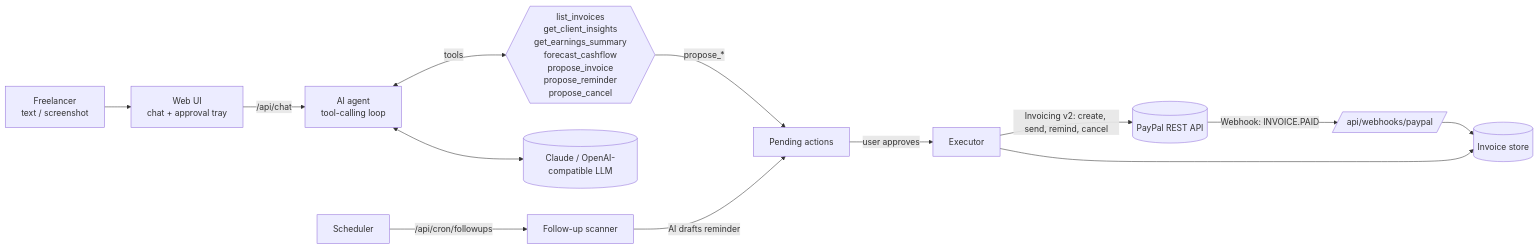
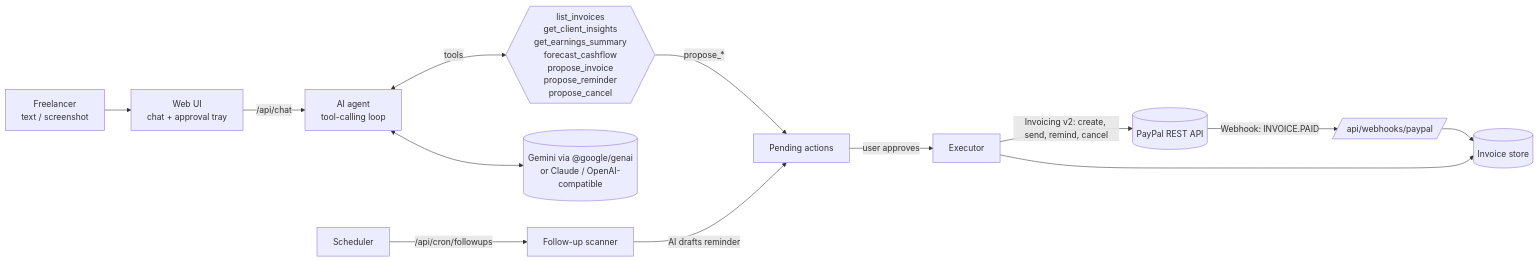
The diagram in README.md (Arpit052/paypilot), drawn with Mermaid before and after one commit. The commit also changed other lines of this file and 18 other files, not shown here.

````diff
--- a/README.md
+++ b/README.md
@@ -42,14 +42,14 @@
 ```mermaid
 flowchart LR
   U[Freelancer<br/>text / screenshot] --> UI[Web UI<br/>chat + approval tray]
   UI -->|/api/chat| AG[AI agent<br/>tool-calling loop]
   AG <-->|tools| T{{list_invoices<br/>get_client_insights<br/>get_earnings_summary<br/>forecast_cashflow<br/>propose_invoice<br/>propose_reminder<br/>propose_cancel}}
-  AG <--> LLM[(Claude / OpenAI-compatible LLM)]
+  AG <--> LLM[(Gemini via @google/genai<br/>or Claude / OpenAI-compatible)]
   T -->|propose_*| Q[Pending actions]
   Q -->|user approves| EX[Executor]
   EX -->|Invoicing v2: create, send, remind, cancel| PP[(PayPal REST API)]
   PP -->|Webhook: INVOICE.PAID| WH[/api/webhooks/paypal/]
   WH --> DB[(Invoice store)]
   EX --> DB
   CRON[Scheduler] -->|/api/cron/followups| FU[Follow-up scanner] -->|AI drafts reminder| Q
 ```
````
